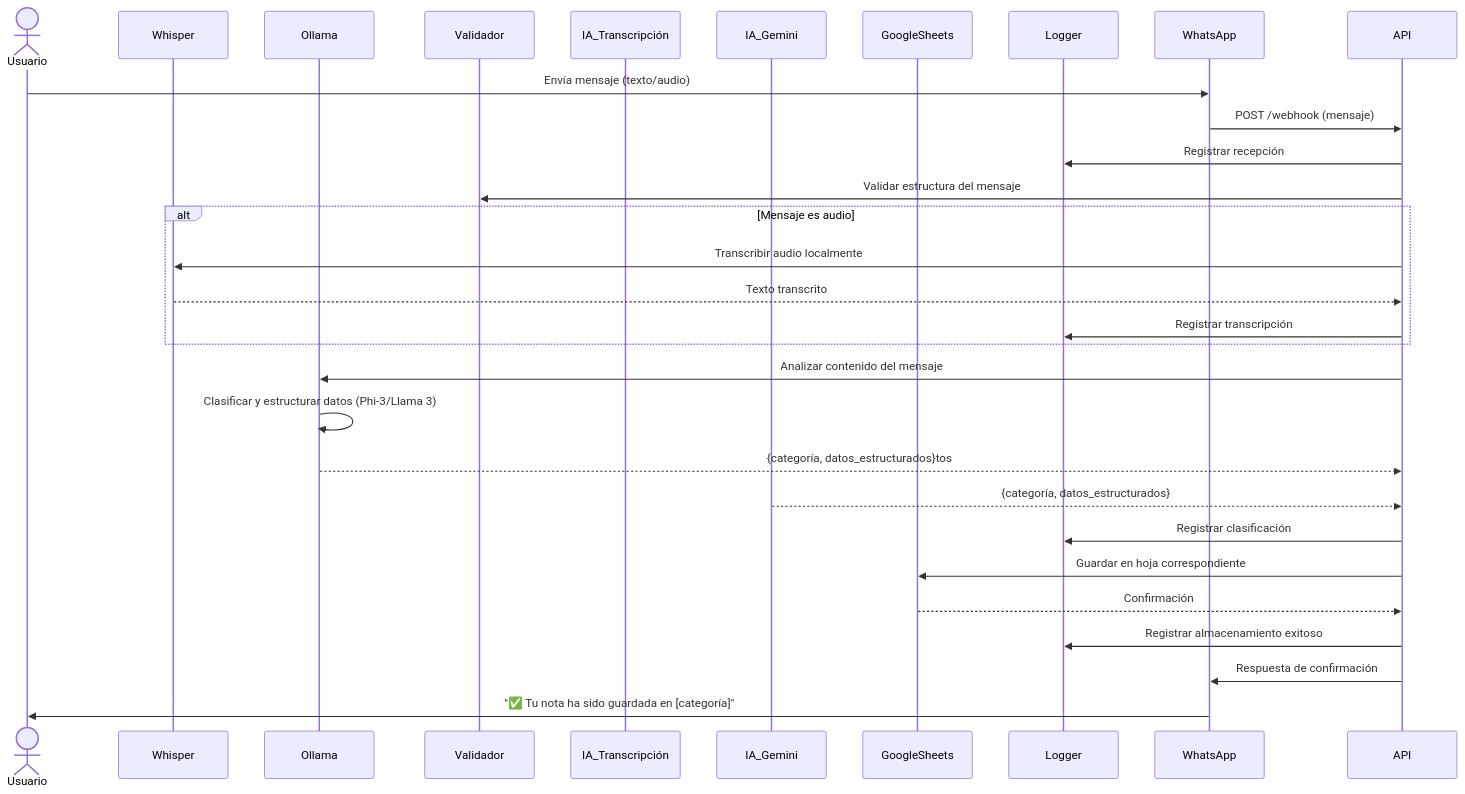
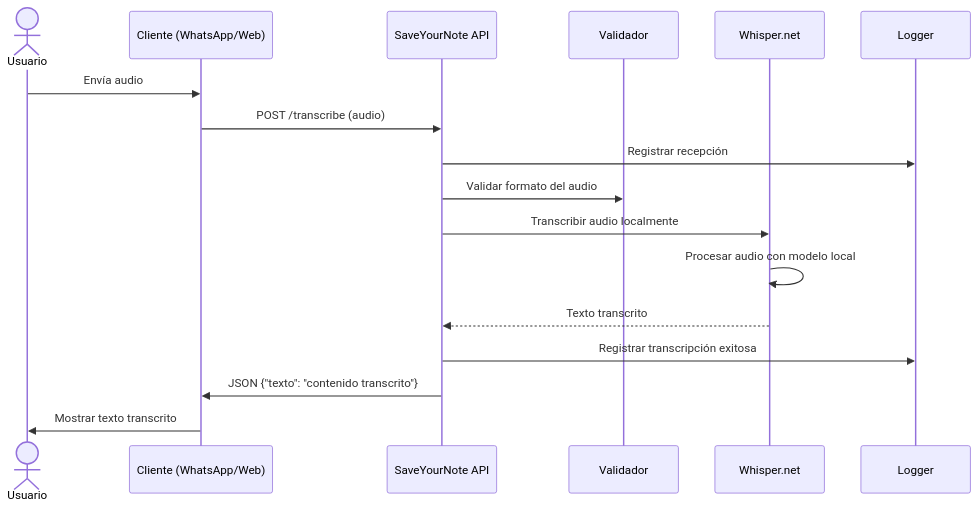
One commit to industrial-dev/saveyournote changed the second of 7 diagrams in README.md. Above: the diagram before and after it, drawn with Mermaid. The commit also changed other lines of this file and 4 other files, not shown here.

Commit message:
📝 Update README.md and add architecture diagram

````diff
--- a/README.md
+++ b/README.md
@@ -264,35 +265,23 @@
 ```mermaid
 sequenceDiagram
     actor Usuario
-    participant Whisper
-    participant Ollama
+    participant Cliente as Cliente (WhatsApp/Web)
+    participant API as SaveYourNote API
     participant Validador
-    participant IA_Transcripción
-    participant IA_Gemini
-    participant GoogleSheets
+    participant Whisper as Whisper.net
     participant Logger
 
-    Usuario->>WhatsApp: Envía mensaje (texto/audio)
-    WhatsApp->>API: POST /webhook (mensaje)
+    Usuario->>Cliente: Envía audio
+    Cliente->>API: POST /transcribe (audio)
 
     API->>Logger: Registrar recepción
-    API->>Validador: Validar estructura del mensaje
-    alt Mensaje es audio
-        API->>Whisper: Transcribir audio localmente
-        Whisper-->>API: Texto transcrito
-        API->>Logger: Registrar transcripción
-    end
+    API->>Validador: Validar formato del audio
 
-    API->>Ollama: Analizar contenido del mensaje
-    Ollama->>Ollama: Clasificar y estructurar datos (Phi-3/Llama 3)
-    Ollama-->>API: {categoría, datos_estructurados}tos
-    IA_Gemini-->>API: {categoría, datos_estructurados}
+    API->>Whisper: Transcribir audio localmente
+    Whisper->>Whisper: Procesar audio con modelo local
+    Whisper-->>API: Texto transcrito
 
-    API->>Logger: Registrar clasificación
-    API->>GoogleSheets: Guardar en hoja correspondiente
-    GoogleSheets-->>API: Confirmación
-
-    API->>Logger: Registrar almacenamiento exitoso
-    API->>WhatsApp: Respuesta de confirmación
-    WhatsApp->>Usuario: "✅ Tu nota ha sido guardada en [categoría]"
+    API->>Logger: Registrar transcripción exitosa
+    API->>Cliente: JSON {"texto": "contenido transcrito"}
+    Cliente->>Usuario: Mostrar texto transcrito
 ```
````
